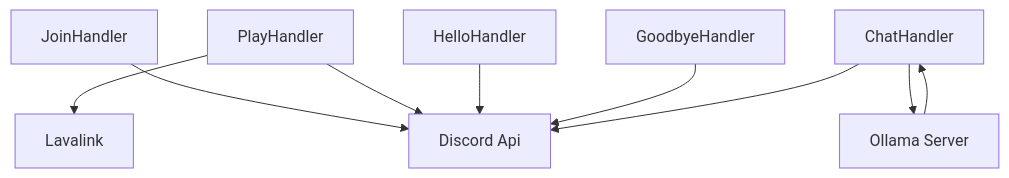
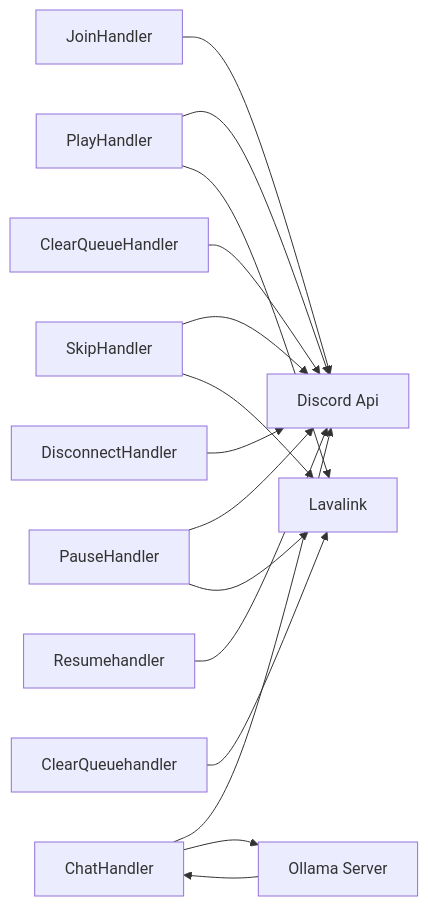
The second of 2 diagrams in Bot/README.md (Myxelium/Lunaris2.0), drawn with Mermaid before and after one commit. The commit also changed other lines of this file, not shown here.

````diff
--- a/Bot/README.md
+++ b/Bot/README.md
@@ -32,11 +39,17 @@
 ```mermaid
-flowchart TD
+flowchart LR
     D[JoinHandler] --> Disc[Discord Api]
     E[PlayHandler] --> Disc[Discord Api]
-    F[HelloHandler] --> Disc[Discord Api]
-    G[GoodbyeHandler] --> Disc[Discord Api]
+    F[SkipHandler] --> Disc[Discord Api]
+    G[PauseHandler] --> Disc[Discord Api]
     v[ChatHandler] --> Disc[Discord Api]
+    ClearQueueHandler --> Disc
+    ClearQueuehandler --> Lava
+    DisconnectHandler --> Disc
+    Resumehandler --> Disc
     v --> o[Ollama Server]
     o --> v
     E --> Lava[Lavalink]
+    F --> Lava
+    G --> Lava
 ```
````
